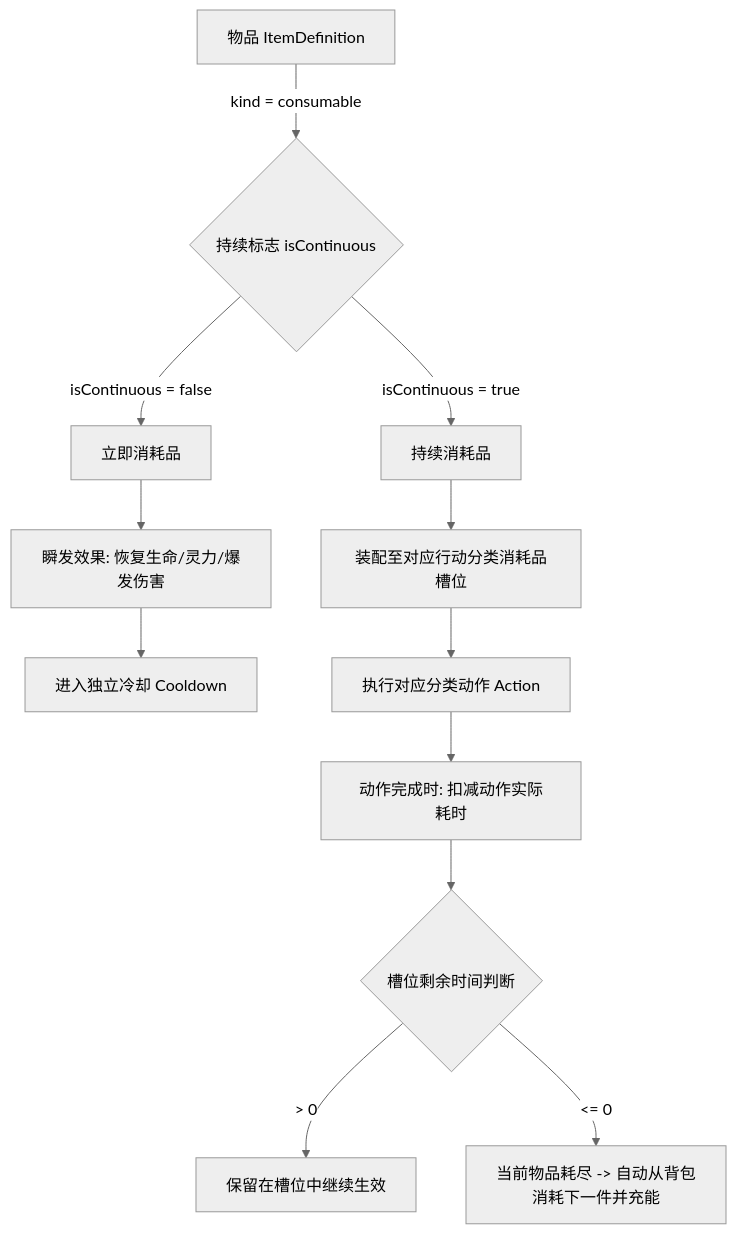
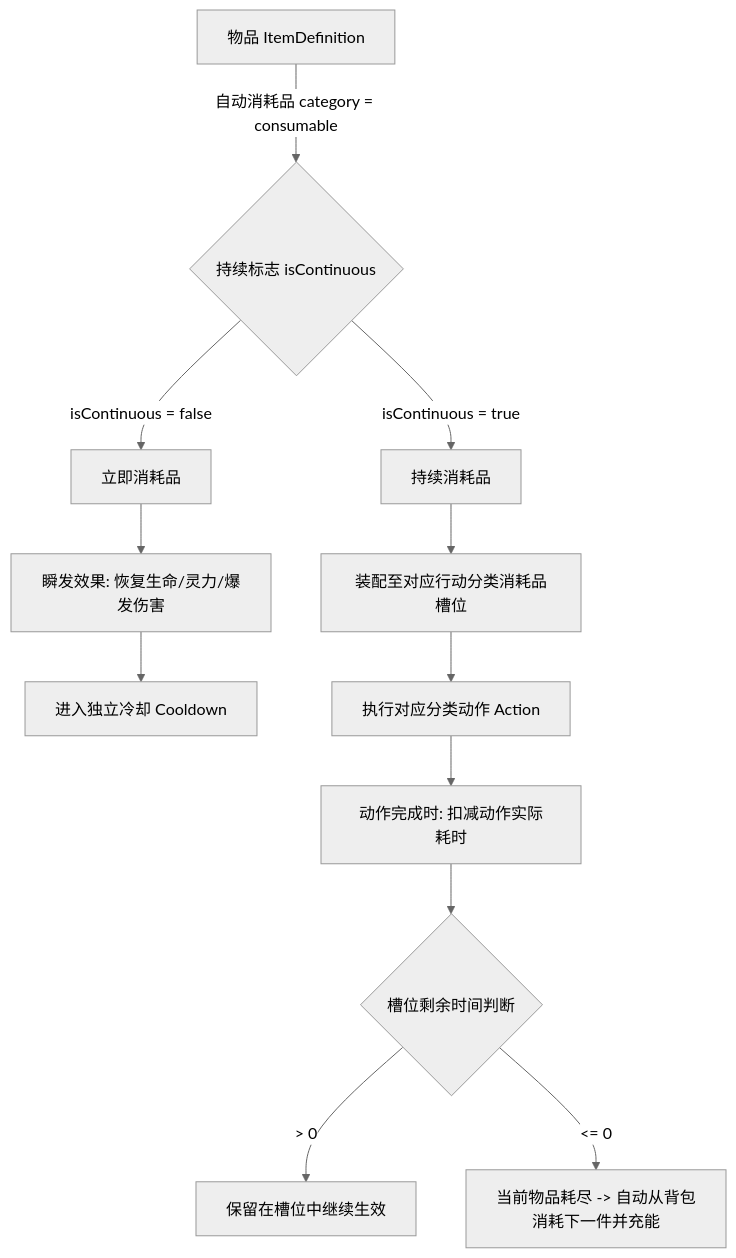
The diagram in docs/design/总纲/06-持续消耗品机制与生活制造体系.md (fruktoguo/daohua), drawn with Mermaid (neutral theme) before and after one commit. The commit also changed other lines of this file and 8 other files, not shown here.

````diff
--- a/docs/design/总纲/06-持续消耗品机制与生活制造体系.md
+++ b/docs/design/总纲/06-持续消耗品机制与生活制造体系.md
@@ -23,16 +30,16 @@
 ```mermaid
 graph TD
-    Item[物品 ItemDefinition] -->|"kind = consumable"| IsContinuous{持续标志 isContinuous}
+    Item[物品 ItemDefinition] -->|"自动消耗品 category = consumable"| IsContinuous{持续标志 isContinuous}
     IsContinuous -->|"isContinuous = false"| InstantItem[立即消耗品]
     IsContinuous -->|"isContinuous = true"| ContinuousItem[持续消耗品]
 
     InstantItem --> InstantEffect[瞬发效果: 恢复生命/灵力/爆发伤害]
     InstantEffect --> InstantCD[进入独立冷却 Cooldown]
 
     ContinuousItem --> EquipSlot[装配至对应行动分类消耗品槽位]
     EquipSlot --> ActionTrigger[执行对应分类动作 Action]
     ActionTrigger --> DurationDeduct[动作完成时: 扣减动作实际耗时]
     DurationDeduct --> TimeCheck{槽位剩余时间判断}
     TimeCheck -->|> 0| RetainTime[保留在槽位中继续生效]
     TimeCheck -->|<= 0| DepleteItem[当前物品耗尽 -> 自动从背包消耗下一件并充能]
 ```
````
